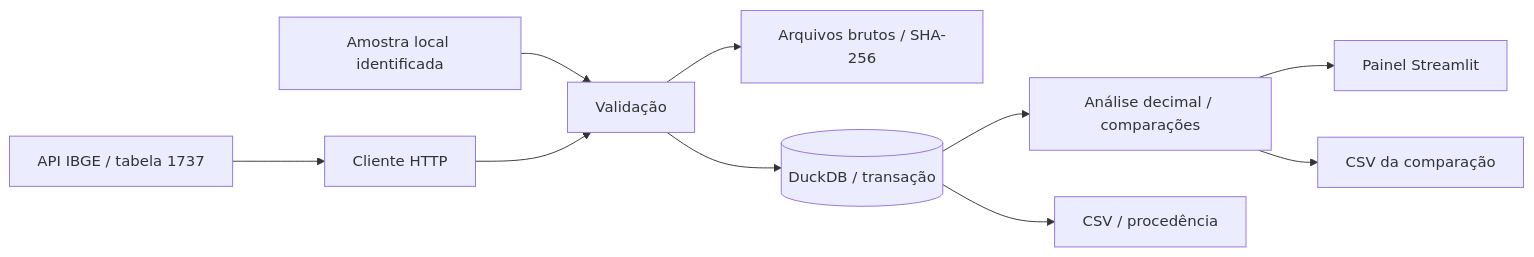
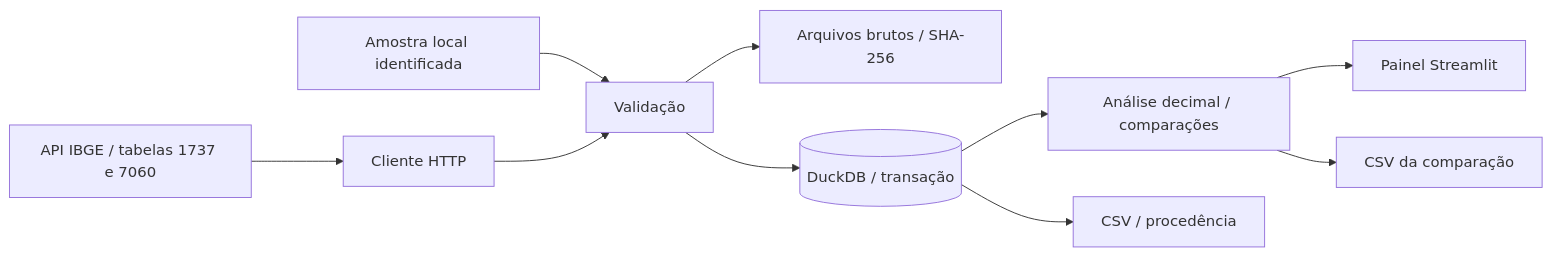
The diagram in README.md (LuizCodeBR/RadarInflacao), drawn with Mermaid before and after one commit. The commit also changed other lines of this file and 28 other files, not shown here.

```diff
--- a/README.md
+++ b/README.md
@@ -130,12 +145,12 @@
 ~~~mermaid
 flowchart LR
-    IBGE[API IBGE / tabela 1737] --> COLETA[Cliente HTTP]
+    IBGE[API IBGE / tabelas 1737 e 7060] --> COLETA[Cliente HTTP]
     AMOSTRA[Amostra local identificada] --> VALIDACAO[Validação]
     COLETA --> VALIDACAO
     VALIDACAO --> RAW[Arquivos brutos / SHA-256]
     VALIDACAO --> DB[(DuckDB / transação)]
     DB --> ANALISE[Análise decimal / comparações]
     ANALISE --> PAINEL[Painel Streamlit]
     ANALISE --> COMPARACAO[CSV da comparação]
     DB --> CSV[CSV / procedência]
 ~~~
```
